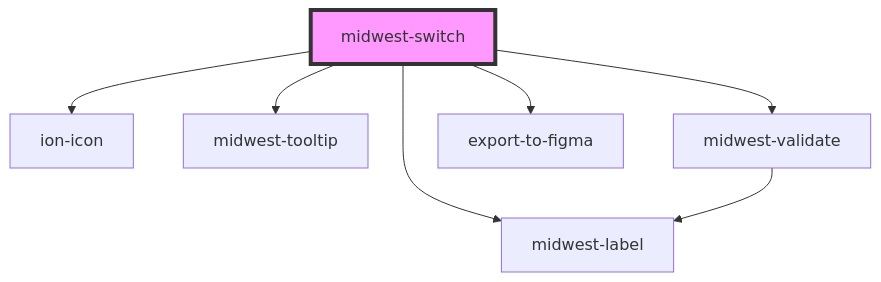
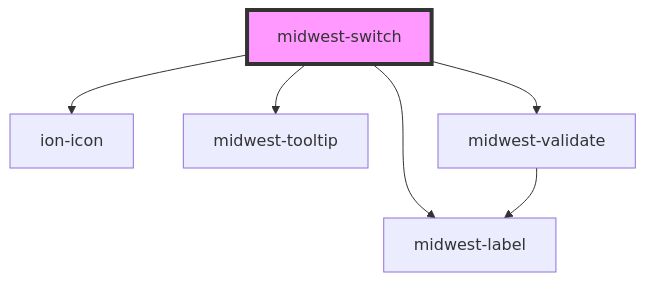
The diagram in packages/forms/src/components/switch/readme.md (splitinfinities/Midwest), drawn with Mermaid before and after one commit. The commit also changed other lines of this file and 48 other files, not shown here.

````diff
--- a/packages/forms/src/components/switch/readme.md
+++ b/packages/forms/src/components/switch/readme.md
@@ -72,10 +71,9 @@
 ```mermaid
 graph TD;
   midwest-switch --> midwest-label
   midwest-switch --> ion-icon
   midwest-switch --> midwest-tooltip
   midwest-switch --> midwest-validate
-  midwest-switch --> export-to-figma
   midwest-validate --> midwest-label
   style midwest-switch fill:#f9f,stroke:#333,stroke-width:4px
 ```
````
